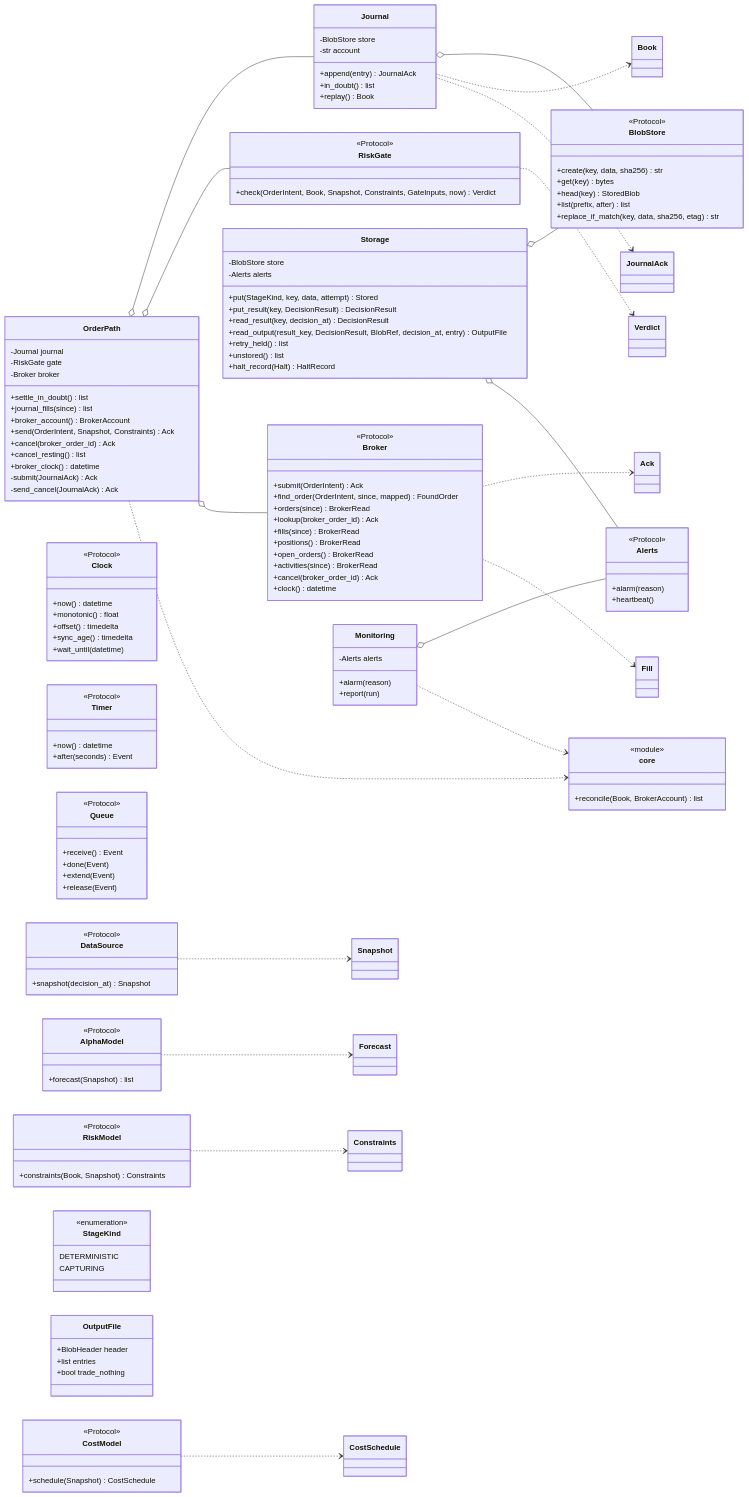
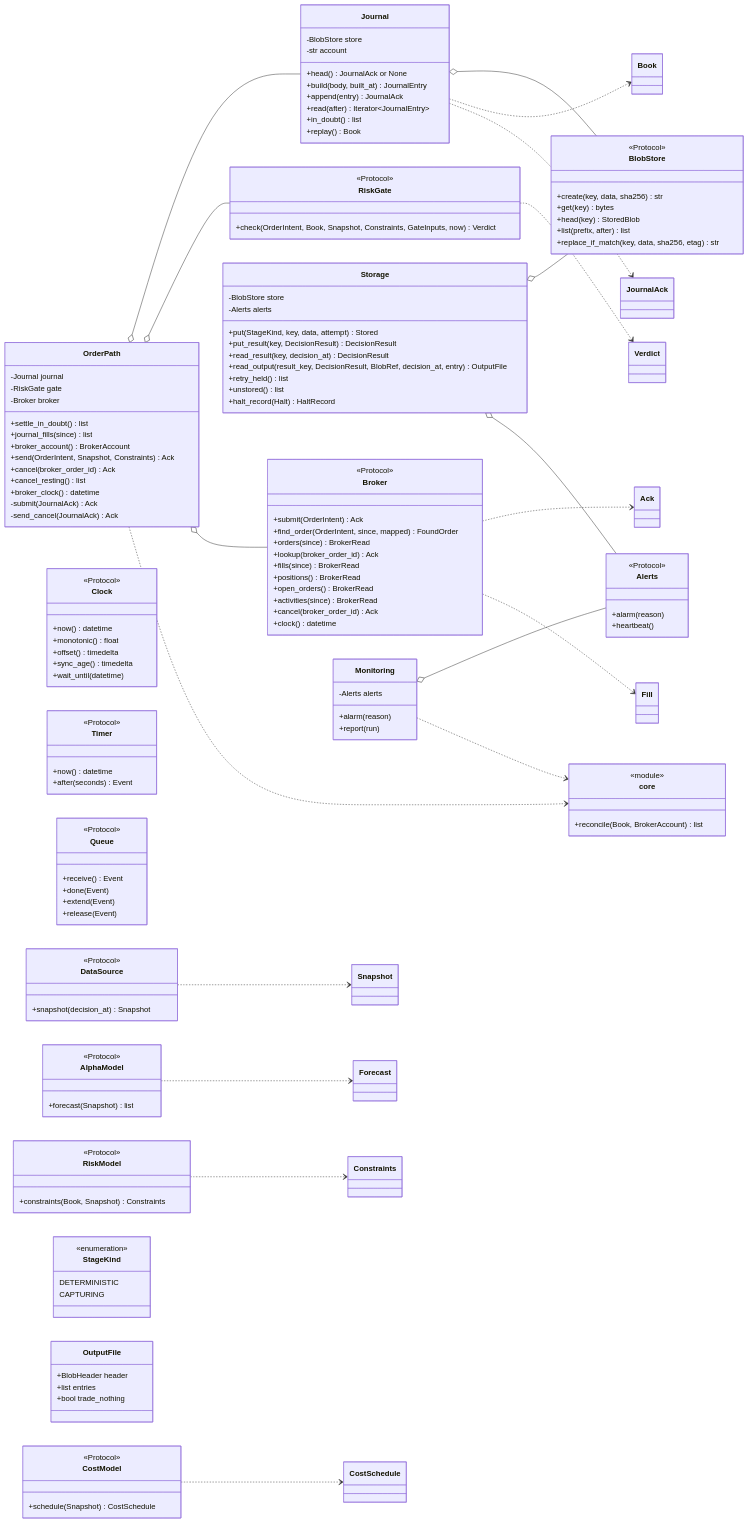
Before and after one commit to l3a0/ithildin-runtime: the fifth of 7 diagrams in docs/architecture/05-building-blocks.md, drawn with Mermaid. The commit also changed other lines of this file and 13 other files, not shown here.

```diff
--- a/docs/architecture/05-building-blocks.md
+++ b/docs/architecture/05-building-blocks.md
@@ -631,7 +631,10 @@
     class Journal {
         -BlobStore store
         -str account
+        +head() JournalAck or None
+        +build(body, built_at) JournalEntry
         +append(entry) JournalAck
+        +read(after) Iterator~JournalEntry~
         +in_doubt() list
         +replay() Book
     }
```
